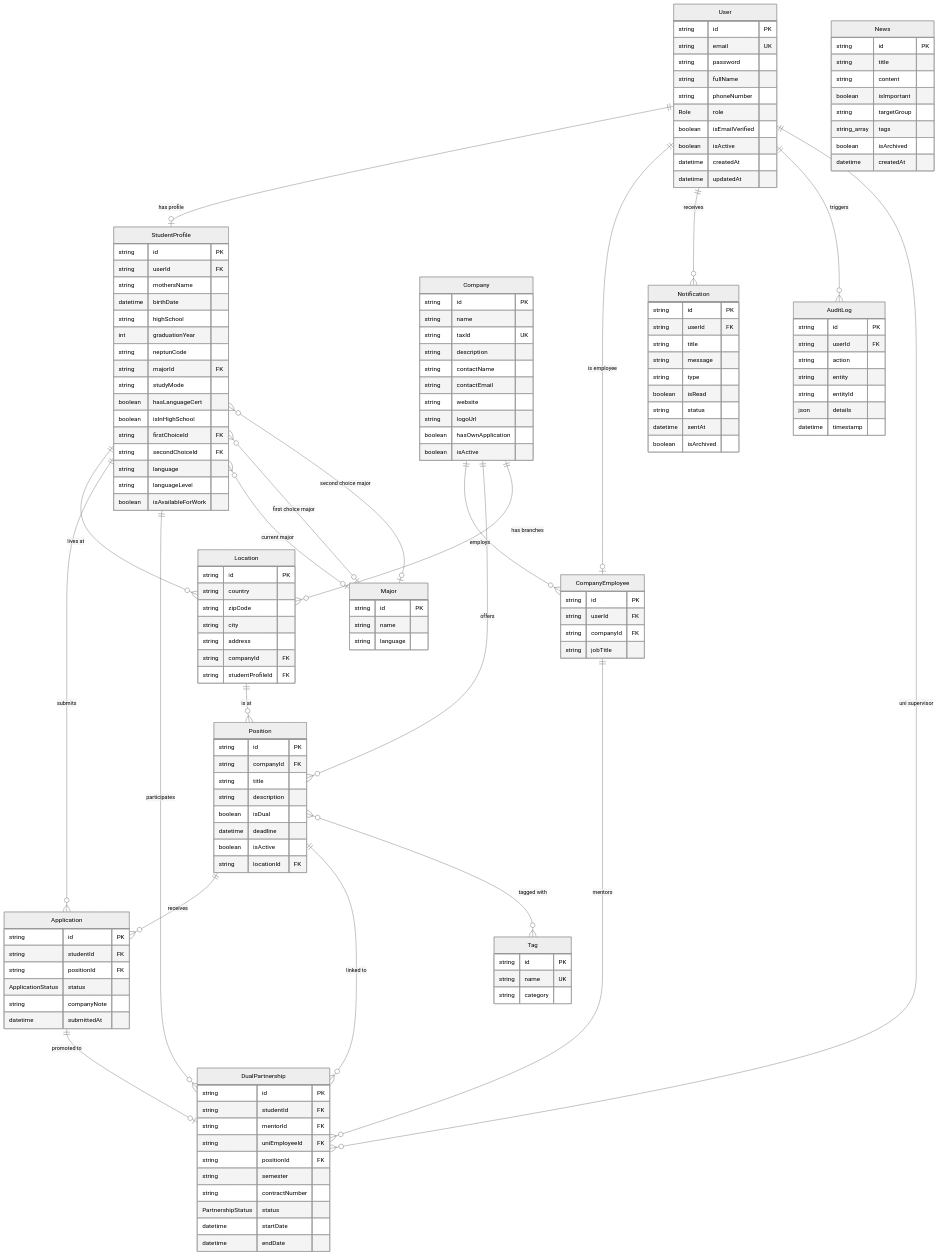
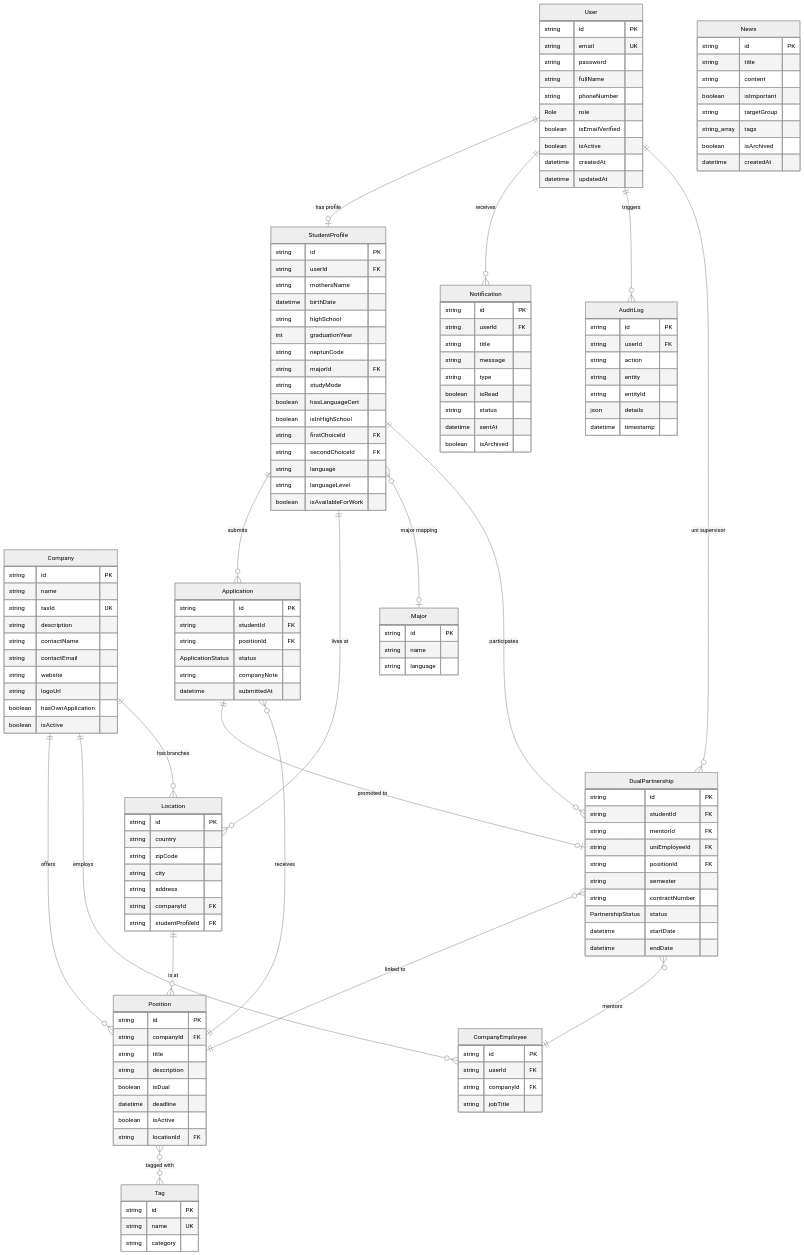
Before and after one commit to DrozsdikAdam/dual-kepzes-backend: the first of 8 diagrams in README.md, drawn with Mermaid (neutral theme).

Commit message:
reworking the er diagram

````diff
--- a/README.md
+++ b/README.md
@@ -278,30 +278,29 @@
         string language
     }
 
+    %% Mag / Fő folyamat (Center)
+    StudentProfile ||--o{ Application : "submits"
+    Position ||--o{ Application : "receives"
+    Application ||--o| DualPartnership : "promoted to"
+    
+    %% Felhasználói oldal (Left/Top)
     User ||--o| StudentProfile : "has profile"
-    User ||--o| CompanyEmployee : "is employee"
     User ||--o{ Notification : "receives"
     User ||--o{ AuditLog : "triggers"
-    User ||--o{ DualPartnership : "uni supervisor"
     
+    %% Céges oldal (Right/Bottom)
+    Company ||--o{ Position : "offers"
     Company ||--o{ CompanyEmployee : "employs"
-    Company ||--o{ Position : "offers"
-    Company ||--o{ Location : "has branches"
-    
-    StudentProfile ||--o{ Location : "lives at"
-    StudentProfile ||--o{ Application : "submits"
-    StudentProfile ||--o{ DualPartnership : "participates"
-    StudentProfile }o--o| Major : "current major"
-    StudentProfile }o--o| Major : "first choice major"
-    StudentProfile }o--o| Major : "second choice major"
-    
-    CompanyEmployee ||--o{ DualPartnership : "mentors"
-    
-    Position ||--o{ Application : "receives"
-    Position ||--o{ DualPartnership : "linked to"
-    Position }o--o{ Tag : "tagged with"
-    
     Location ||--o{ Position : "is at"
     
-    Application ||--o| DualPartnership : "promoted to"
+    %% Összekötő és kiegészítő adatok
+    DualPartnership }o--|| StudentProfile : "participates"
+    DualPartnership }o--|| Position : "linked to"
+    DualPartnership }o--|| CompanyEmployee : "mentors"
+    DualPartnership }o--|| User : "uni supervisor"
+    
+    Company ||--o{ Location : "has branches"
+    StudentProfile ||--o{ Location : "lives at"
+    StudentProfile }o--o| Major : "major mapping"
+    Position }o--o{ Tag : "tagged with"
 ```
````
